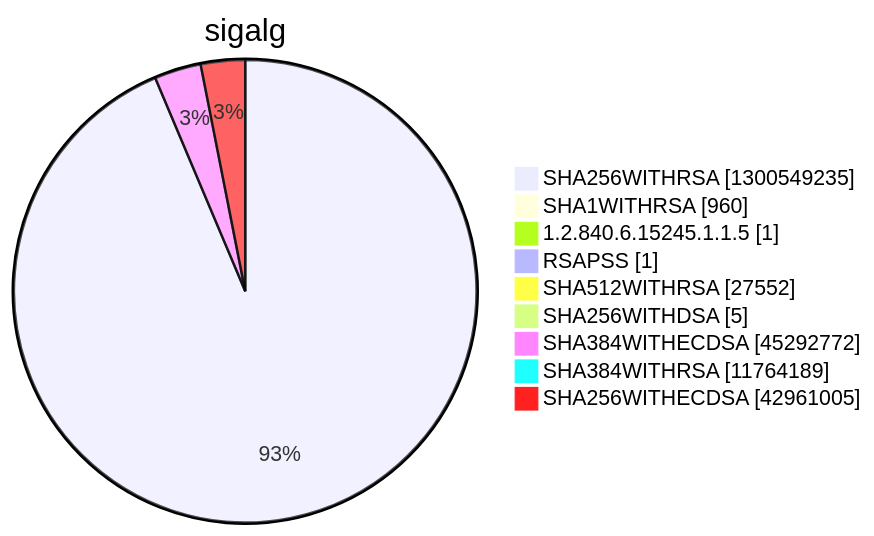
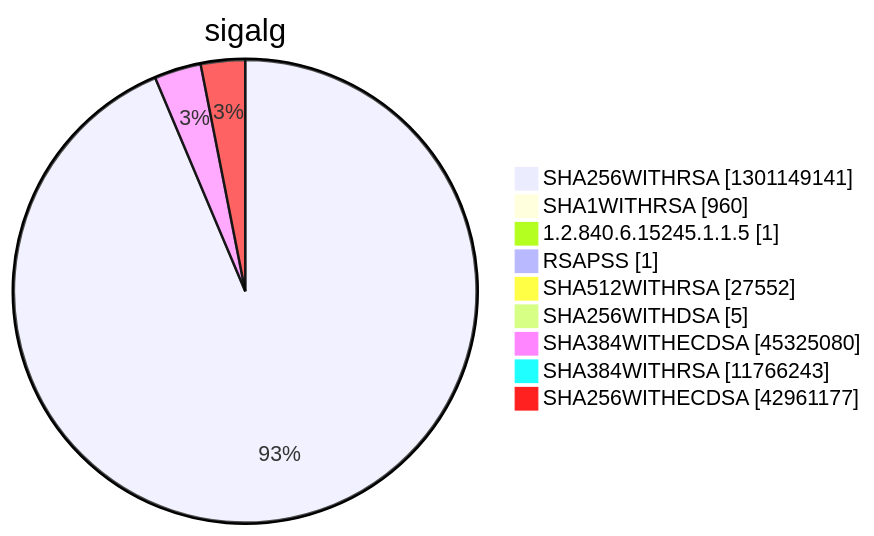
Diagram 15 of 15 in argon2022/README.md (christiankrug/ctmonitor_visualization), drawn with Mermaid before and after one commit. The commit also changed other lines of this file, not shown here.

````diff
--- a/argon2022/README.md
+++ b/argon2022/README.md
@@ -5523,13 +5523,13 @@
 ```mermaid
 pie showData
 title sigalg
-"SHA256WITHRSA" :1300549235
+"SHA256WITHRSA" :1301149141
 "SHA1WITHRSA" :960
 "1.2.840.6.15245.1.1.5" :1
 "RSAPSS" :1
 "SHA512WITHRSA" :27552
 "SHA256WITHDSA" :5
-"SHA384WITHECDSA" :45292772
-"SHA384WITHRSA" :11764189
-"SHA256WITHECDSA" :42961005
+"SHA384WITHECDSA" :45325080
+"SHA384WITHRSA" :11766243
+"SHA256WITHECDSA" :42961177
 ```
````
